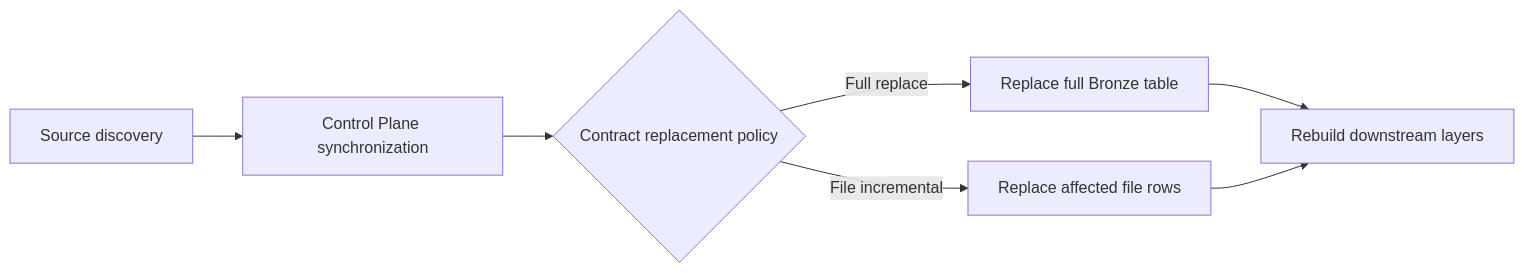
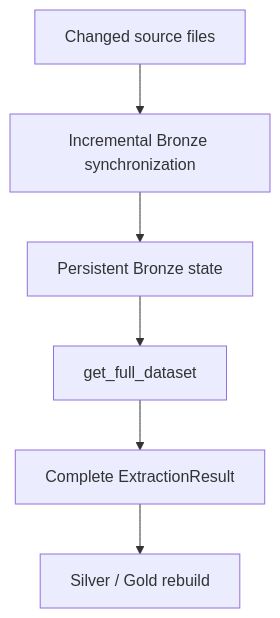
The second of 2 diagrams in docs/reference/bronze-data-contracts.md (tks18/personal-finance-etl), drawn with Mermaid before and after one commit. The commit also changed other lines of this file, not shown here.

````diff
--- a/docs/reference/bronze-data-contracts.md
+++ b/docs/reference/bronze-data-contracts.md
@@ -5,9 +89,8 @@
 ```mermaid
-flowchart LR
- A[Source discovery] --> B[Control Plane synchronization]
- B --> C{Contract replacement policy}
- C -->|Full replace| D[Replace full Bronze table]
- C -->|File incremental| E[Replace affected file rows]
- D --> F[Rebuild downstream layers]
- E --> F
+flowchart TD
+    A[Changed source files] --> B[Incremental Bronze synchronization]
+    B --> C[Persistent Bronze state]
+    C --> D[get_full_dataset]
+    D --> E[Complete ExtractionResult]
+    E --> F[Silver / Gold rebuild]
 ```
````
